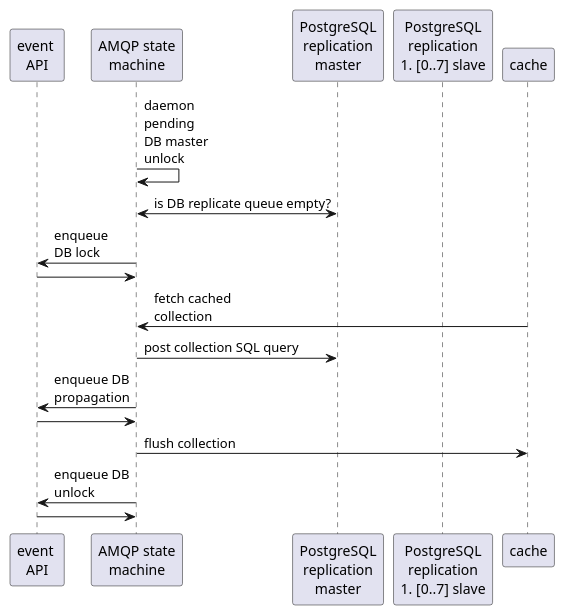
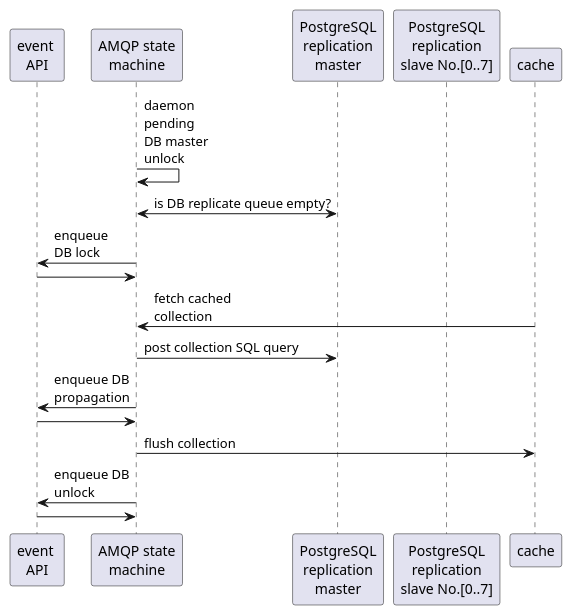
One commit to PapevisO/1Hg5IooAWCmCGQu04cXAuevjFTeV6tdikA9oQmbwfD5k changed the second of 2 diagrams in diagram.puml. Above: the diagram before and after it, drawn with PlantUML.

```diff
--- a/diagram.puml
+++ b/diagram.puml
@@ -19,20 +19,20 @@
 @startuml
 
 participant "event \nAPI" as eapi
 participant "AMQP state\nmachine" as amqp
 participant "PostgreSQL\nreplication\nmaster" as pgm
-participant "PostgreSQL\nreplication\n#[0..7] slave" as pgs
+participant "PostgreSQL\nreplication\nslave No.[0..7]" as pgs
 
 amqp -> amqp: daemon\npending\nDB master\nunlock
 amqp <-> pgm: is DB replicate queue empty?
 amqp -> eapi: enqueue\nDB lock
 eapi -> amqp
 cache -> amqp: fetch cached\ncollection
 amqp -> pgm: post collection SQL query
 amqp -> eapi: enqueue DB\npropagation
 eapi -> amqp
 amqp -> cache: flush collection
 amqp -> eapi: enqueue DB\nunlock
 eapi -> amqp
 
 @enduml
```
